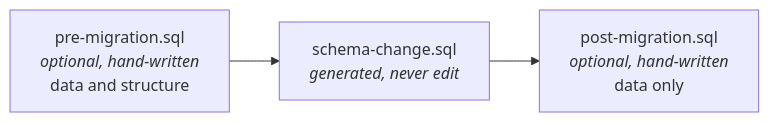
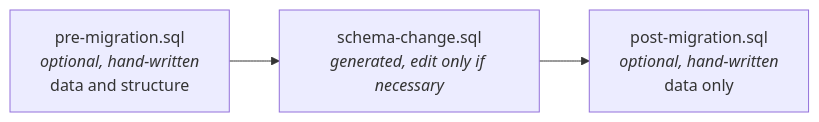
The third of 9 diagrams in packages/template/README.md (larsenjd/super-deploy), drawn with Mermaid before and after one commit. The commit also changed other lines of this file and 16 other files, not shown here.

````diff
--- a/packages/template/README.md
+++ b/packages/template/README.md
@@ -187,4 +187,4 @@
 ```mermaid
 flowchart LR
-  P["pre-migration.sql<br><i>optional, hand-written</i><br>data and structure"] --> S["schema-change.sql<br><i>generated, never edit</i>"] --> Q["post-migration.sql<br><i>optional, hand-written</i><br>data only"]
+  P["pre-migration.sql<br><i>optional, hand-written</i><br>data and structure"] --> S["schema-change.sql<br><i>generated, edit only if necessary</i>"] --> Q["post-migration.sql<br><i>optional, hand-written</i><br>data only"]
 ```
````
